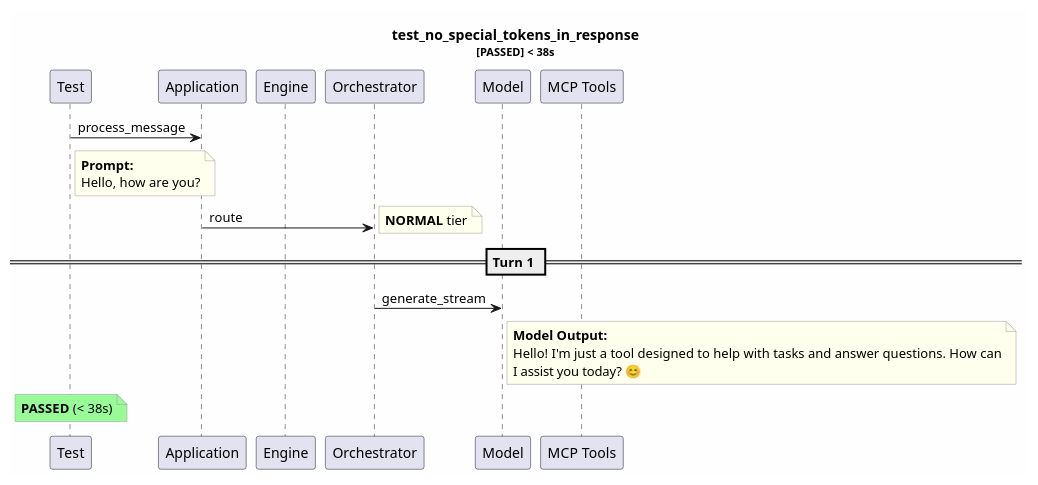
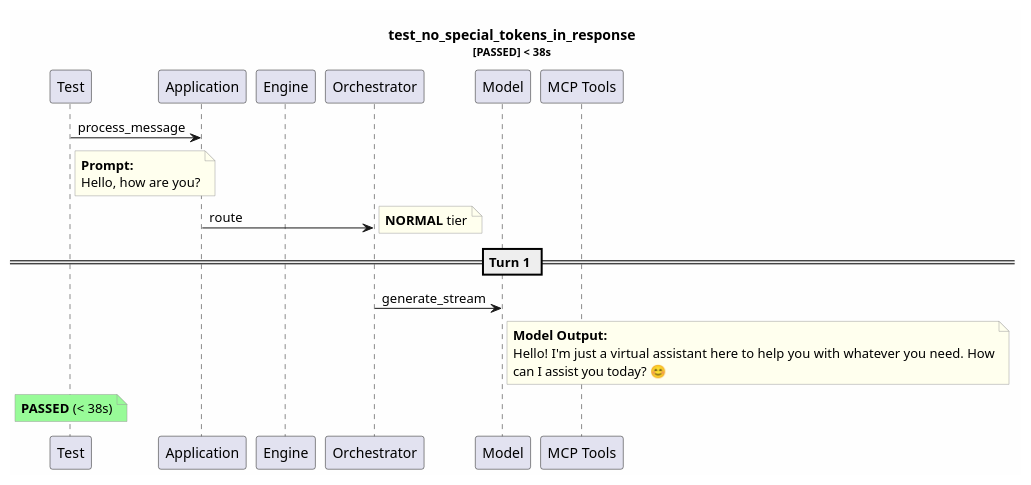
Before and after one commit to tvanfossen/entropic: the diagram in test-reports/logs/test_no_special_tokens_in_response/test_no_special_tokens_in_response.puml, drawn with PlantUML. The commit also changed 22 other files, not shown here.

```diff
--- a/test-reports/logs/test_no_special_tokens_in_response/test_no_special_tokens_in_response.puml
+++ b/test-reports/logs/test_no_special_tokens_in_response/test_no_special_tokens_in_response.puml
@@ -1,32 +1,32 @@
 @startuml
 skinparam backgroundColor #FEFEFE
 skinparam noteBorderColor #999999
 skinparam noteBackgroundColor #FFFFEE
 title test_no_special_tokens_in_response\n<size:11>[PASSED] < 38s</size>
 
 participant "Test" as T
 participant "Application" as App
 participant "Engine" as Eng
 participant "Orchestrator" as Orch
 participant "Model" as Mdl
 participant "MCP Tools" as MCP
 
 T -> App: process_message
 note right of T
   **Prompt:**
   Hello, how are you?
 end note
 App -> Orch: route
 note right: **NORMAL** tier
 == Turn 1 ==
 Orch -> Mdl: generate_stream
 note right of Mdl
   **Model Output:**
-  Hello! I'm just a tool designed to help with tasks and answer questions. How can
-  I assist you today? 😊
+  Hello! I'm just a virtual assistant here to help you with whatever you need. How
+  can I assist you today? 😊
 end note
 note over T #palegreen
   **PASSED** (< 38s)
 end note
 
 @enduml
```
